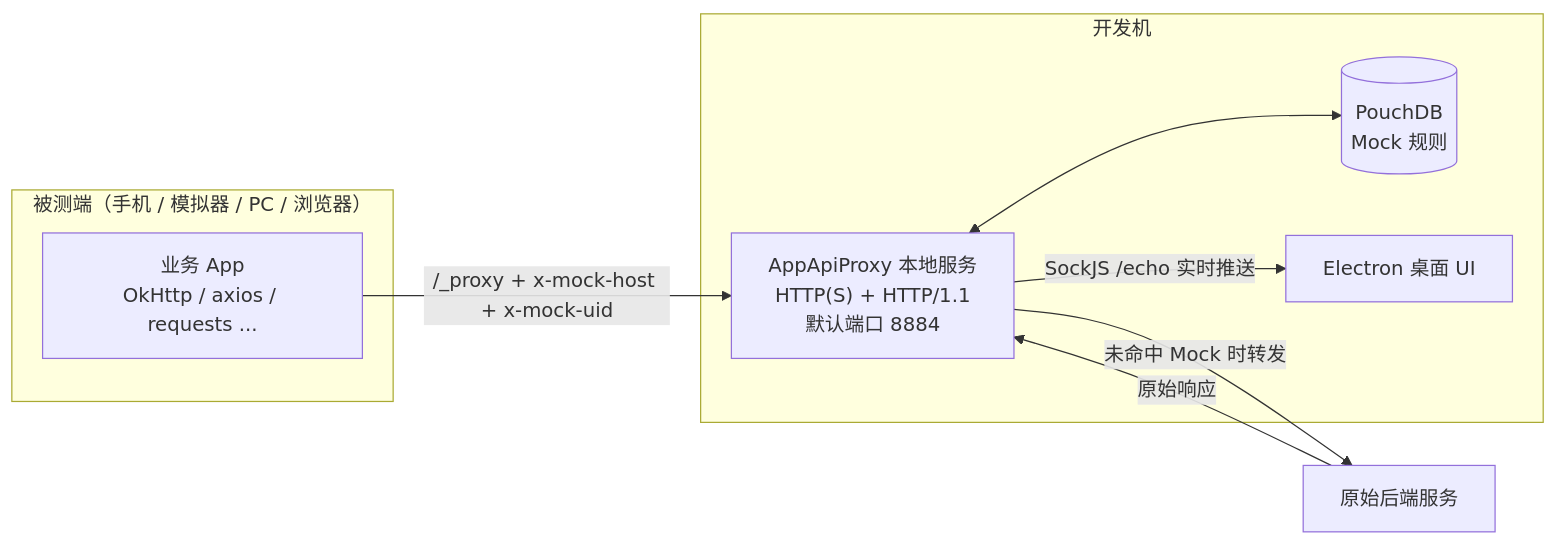
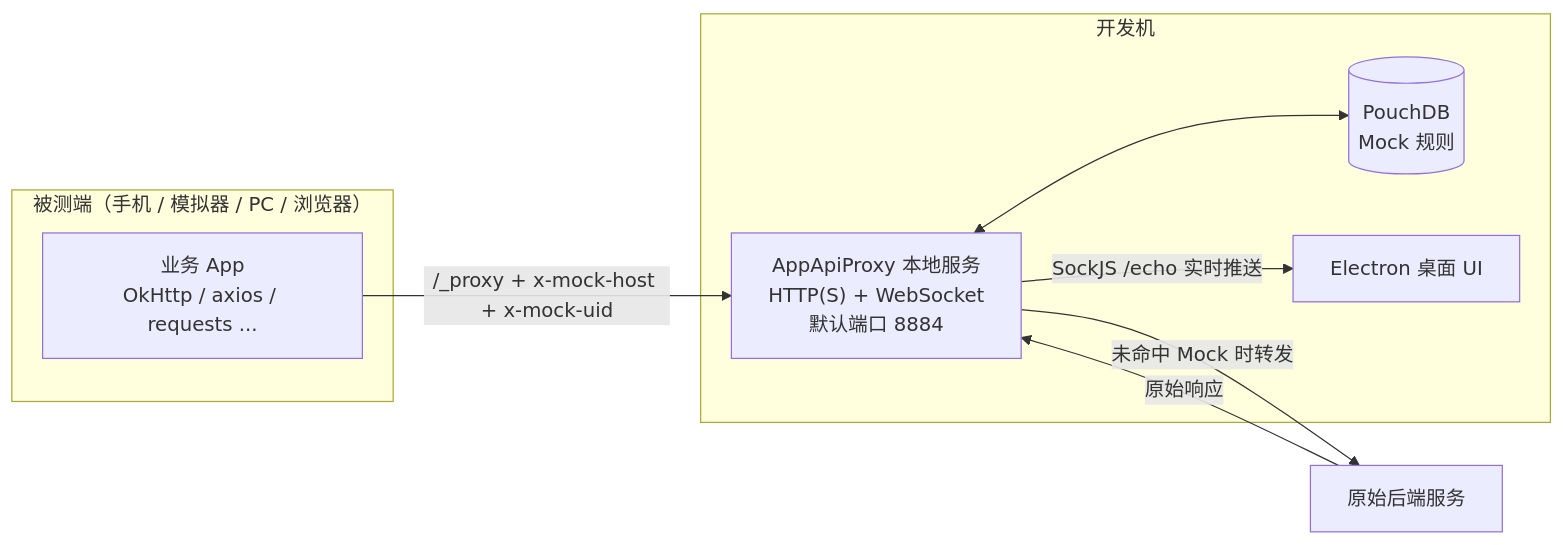
Before and after one commit to maskerliu/app-api-proxy: the first of 2 diagrams in docs/使用说明.md, drawn with Mermaid. The commit also changed other lines of this file and 83 other files, not shown here.

````diff
--- a/docs/使用说明.md
+++ b/docs/使用说明.md
@@ -53,20 +56,20 @@
 ```mermaid
 flowchart LR
     subgraph Client["被测端（手机 / 模拟器 / PC / 浏览器）"]
         A["业务 App<br/>OkHttp / axios / requests ..."]
     end
 
     subgraph Dev["开发机"]
-        P["AppApiProxy 本地服务<br/>HTTP(S) + HTTP/1.1<br/>默认端口 8884"]
+        P["AppApiProxy 本地服务<br/>HTTP(S) + WebSocket<br/>默认端口 8884"]
         DB[("PouchDB<br/>Mock 规则")]
         UI["Electron 桌面 UI"]
     end
 
     O["原始后端服务"]
 
     A -- "/_proxy + x-mock-host + x-mock-uid" --> P
     P <--> DB
     P -- "SockJS /echo 实时推送" --> UI
     P -- "未命中 Mock 时转发" --> O
     O -- "原始响应" --> P
 ```
````
